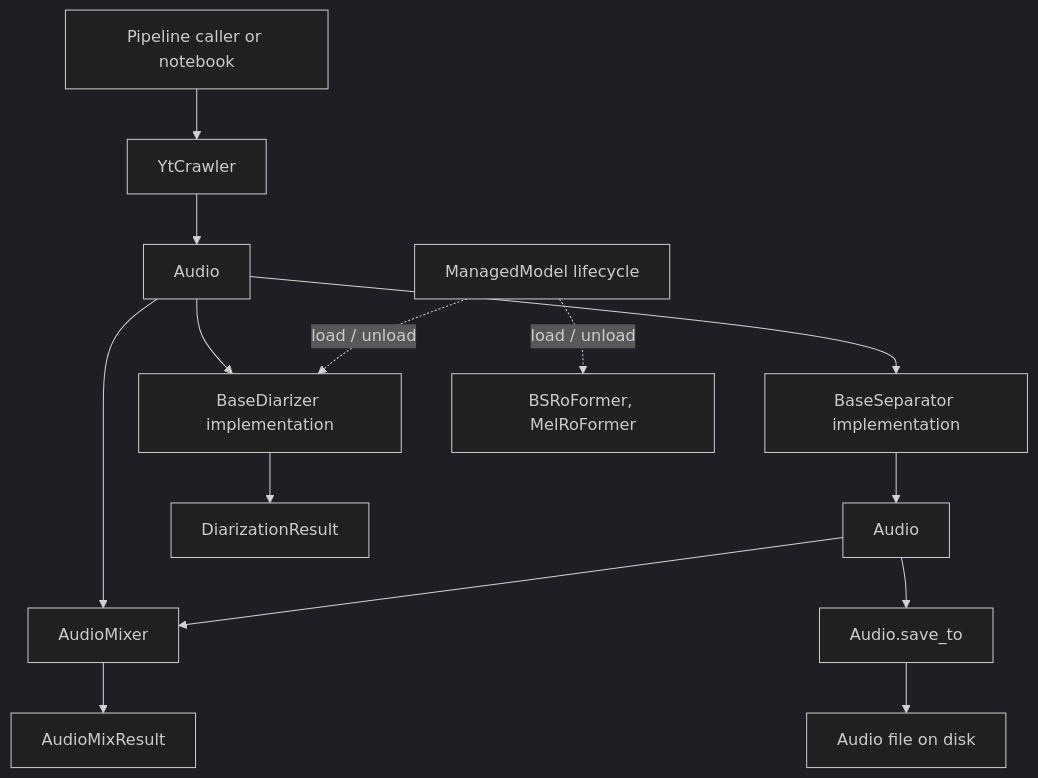
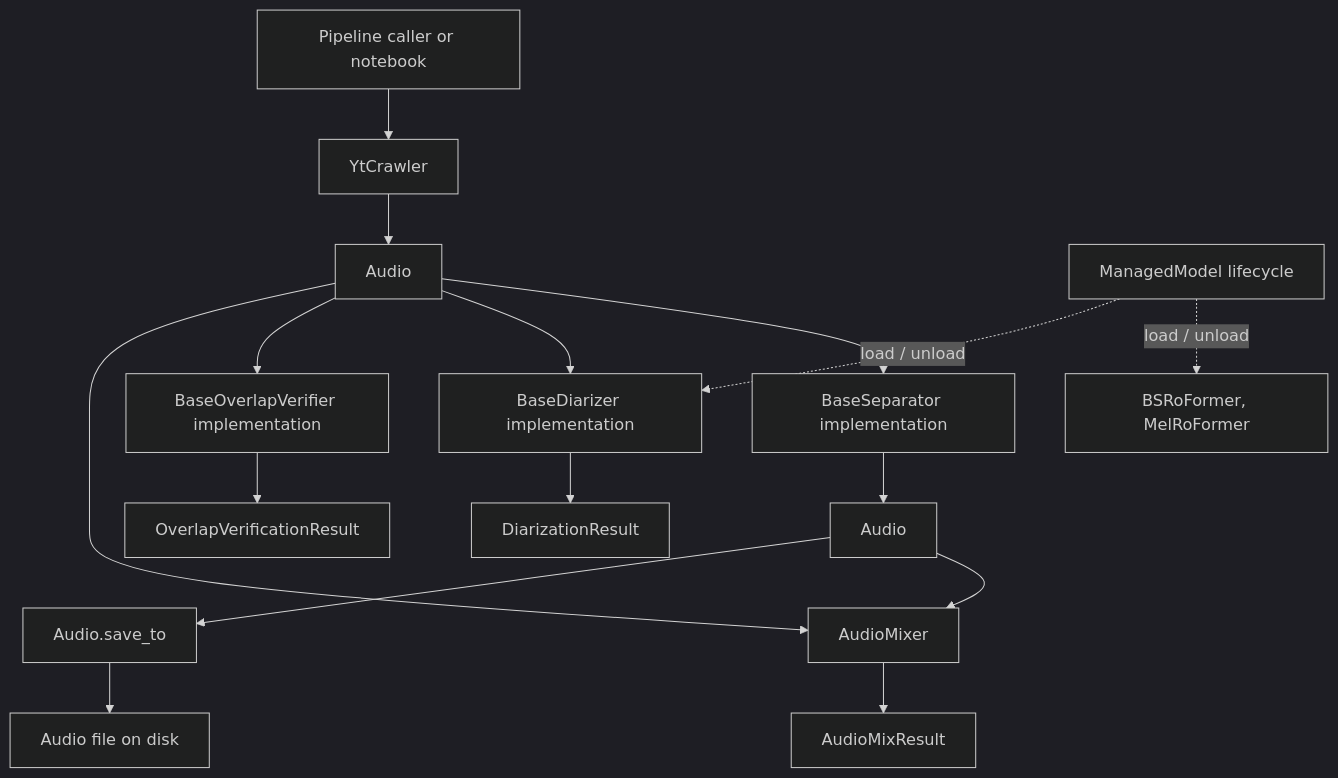
The diagram in docs/api_contract.md (tungnguyenlam/audio-prepare-pipeline-redo), drawn with Mermaid (dark theme) before and after one commit. The commit also changed other lines of this file and 4 other files, not shown here.

Commit message:
feat: add direct-audio overlap verification with Gemma4 and Gemini backe

````diff
--- a/docs/api_contract.md
+++ b/docs/api_contract.md
@@ -3,17 +3,19 @@
 ```mermaid
 flowchart TD
     CALLER[Pipeline caller or notebook] --> CRAWLER[YtCrawler]
     CRAWLER --> AUDIO[Audio]
     AUDIO --> SEPARATOR[BaseSeparator implementation]
     SEPARATOR --> CLEAN_AUDIO[Audio]
     AUDIO --> DIARIZER[BaseDiarizer implementation]
     DIARIZER --> DIARIZATION[DiarizationResult]
+    AUDIO --> OVERLAP_VERIFIER[BaseOverlapVerifier implementation]
+    OVERLAP_VERIFIER --> OVERLAP_RESULT[OverlapVerificationResult]
     AUDIO --> MIXER[AudioMixer]
     CLEAN_AUDIO --> MIXER
     MIXER --> MIX_RESULT[AudioMixResult]
 
     MANAGED[ManagedModel lifecycle] -. load / unload .-> MANAGED_BACKENDS[BSRoFormer, MelRoFormer]
     MANAGED -. load / unload .-> DIARIZER
     CLEAN_AUDIO --> SAVE[Audio.save_to]
     SAVE --> FILE[Audio file on disk]
 ```
````
